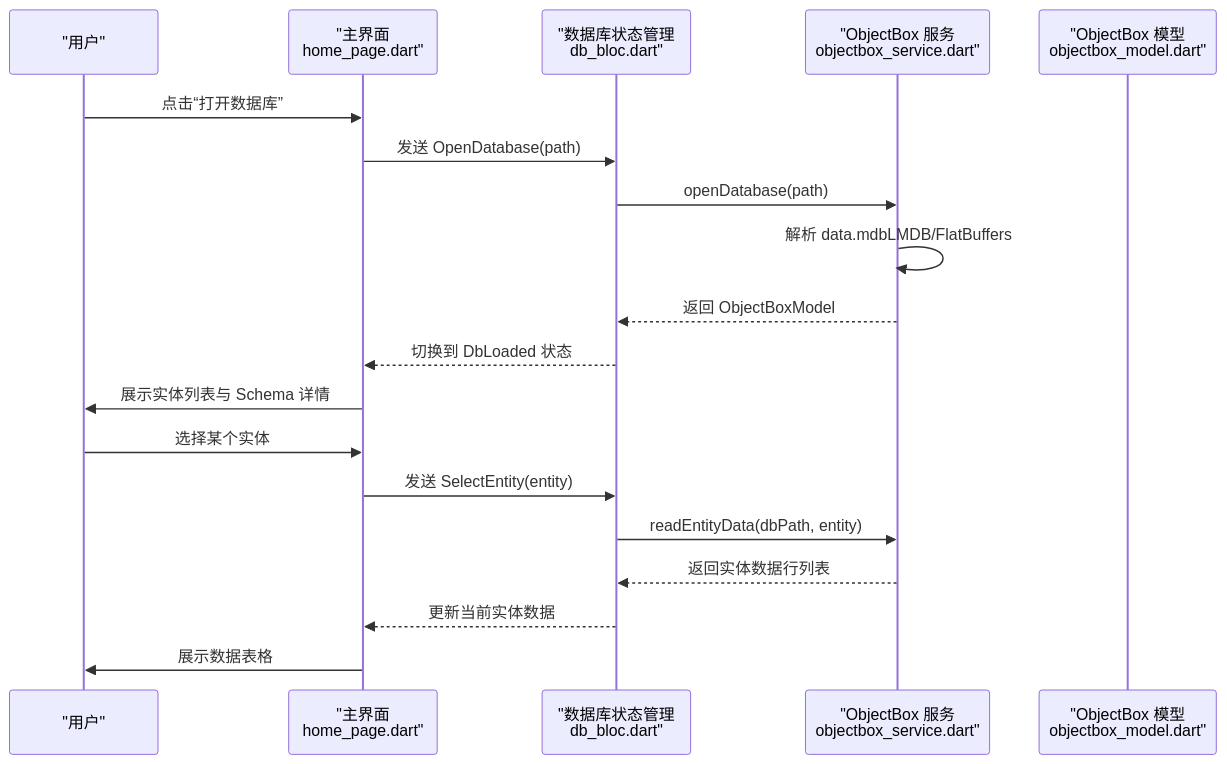
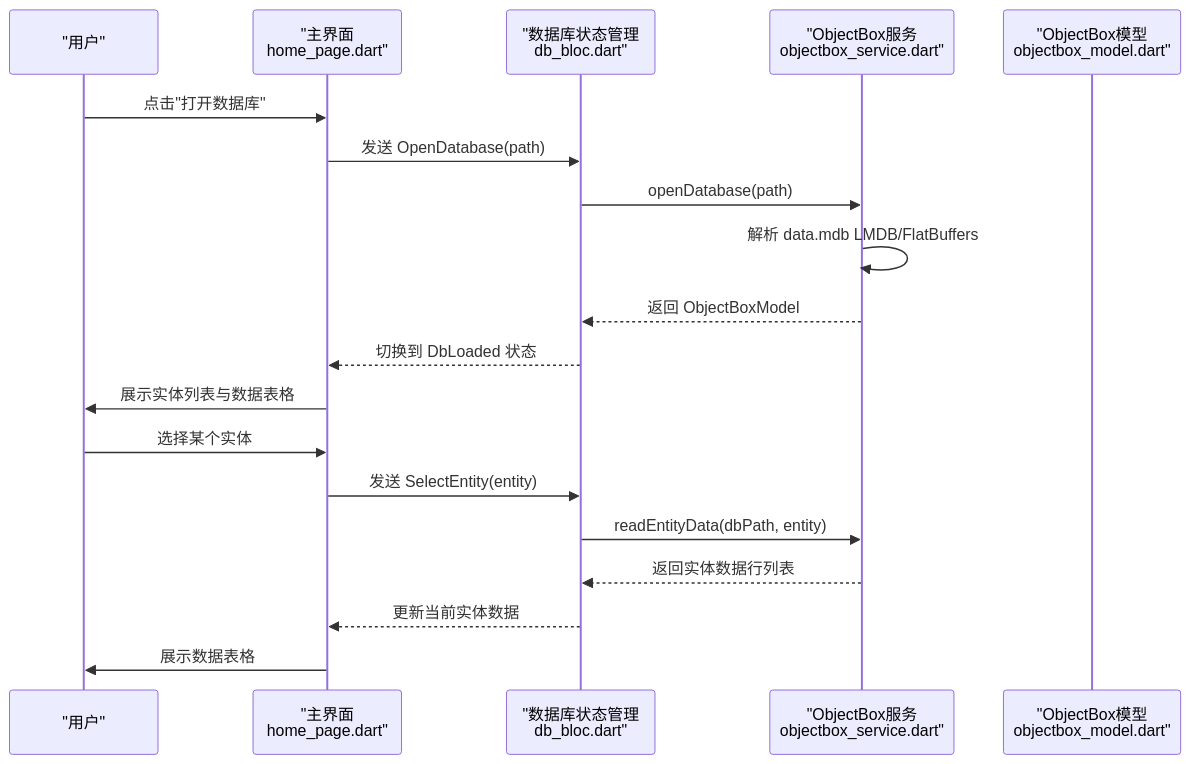
Before and after one commit to kongpf8848/objectbox_viewer: the second of 6 diagrams in .qoder/repowiki/zh/content/项目概述.md, drawn with Mermaid. The commit also changed other lines of this file and 9 other files, not shown here.

````diff
--- a/.qoder/repowiki/zh/content/项目概述.md
+++ b/.qoder/repowiki/zh/content/项目概述.md
@@ -142,21 +144,21 @@
 ```mermaid
 sequenceDiagram
 participant 用户 as "用户"
 participant 主界面 as "主界面<br/>home_page.dart"
 participant BLoC as "数据库状态管理<br/>db_bloc.dart"
-participant 服务 as "ObjectBox 服务<br/>objectbox_service.dart"
-participant 模型 as "ObjectBox 模型<br/>objectbox_model.dart"
-用户->>主界面 : 点击“打开数据库”
+participant 服务 as "ObjectBox服务<br/>objectbox_service.dart"
+participant 模型 as "ObjectBox模型<br/>objectbox_model.dart"
+用户->>主界面 : 点击"打开数据库"
 主界面->>BLoC : 发送 OpenDatabase(path)
 BLoC->>服务 : openDatabase(path)
-服务->>服务 : 解析 data.mdbLMDB/FlatBuffers
+服务->>服务 : 解析 data.mdb LMDB/FlatBuffers
 服务-->>BLoC : 返回 ObjectBoxModel
 BLoC-->>主界面 : 切换到 DbLoaded 状态
-主界面->>用户 : 展示实体列表与 Schema 详情
+主界面->>用户 : 展示实体列表与数据表格
 用户->>主界面 : 选择某个实体
 主界面->>BLoC : 发送 SelectEntity(entity)
 BLoC->>服务 : readEntityData(dbPath, entity)
 服务-->>BLoC : 返回实体数据行列表
 BLoC-->>主界面 : 更新当前实体数据
 主界面->>用户 : 展示数据表格
 ```
````
